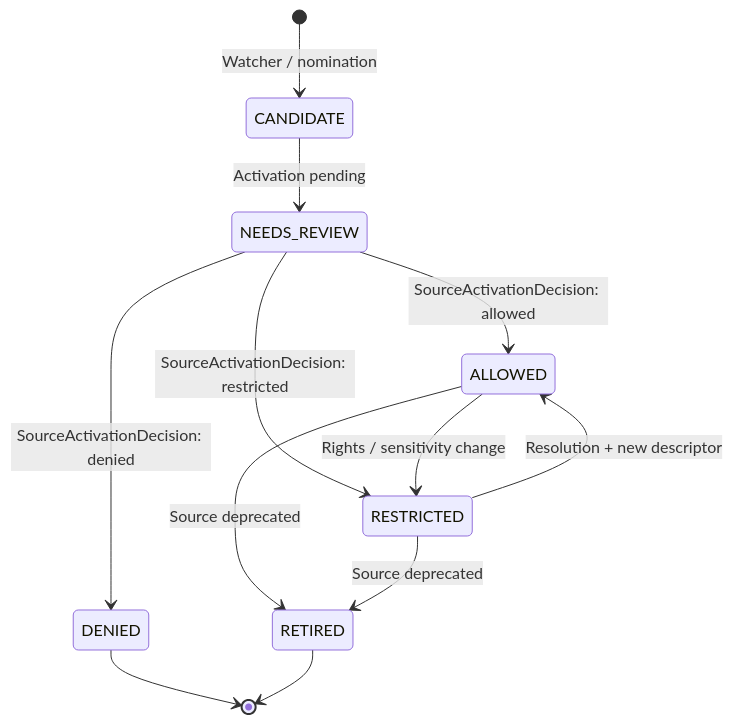
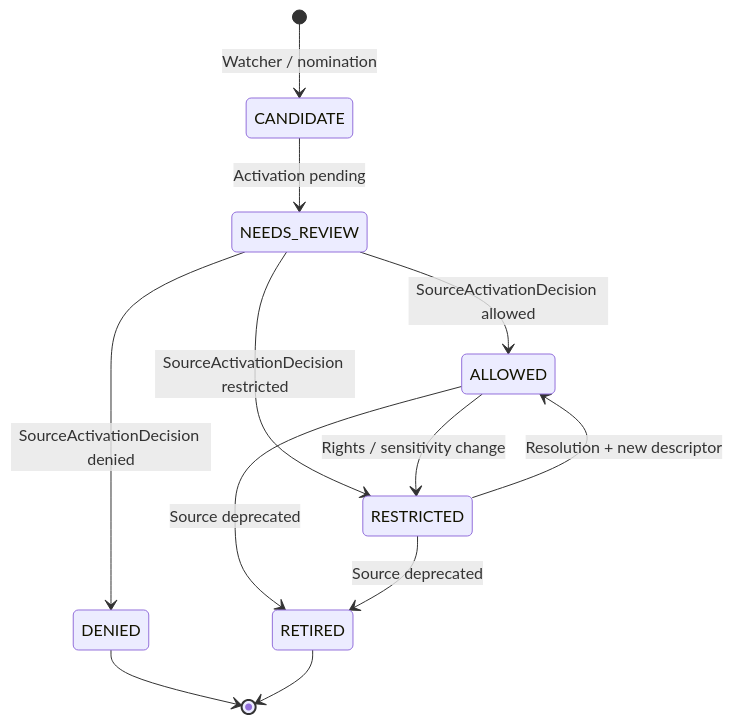
Before and after one commit to bartytime4life/Kansas-Frontier-Matrix: the second of 2 diagrams in docs/domains/habitat/SOURCE_REGISTRY.md, drawn with Mermaid. The commit also changed other lines of this file, not shown here.

````diff
--- a/docs/domains/habitat/SOURCE_REGISTRY.md
+++ b/docs/domains/habitat/SOURCE_REGISTRY.md
@@ -266,14 +301,14 @@
 ```mermaid
 stateDiagram-v2
     [*] --> CANDIDATE: Watcher / nomination
     CANDIDATE --> NEEDS_REVIEW: Activation pending
-    NEEDS_REVIEW --> ALLOWED: SourceActivationDecision: allowed
-    NEEDS_REVIEW --> RESTRICTED: SourceActivationDecision: restricted
-    NEEDS_REVIEW --> DENIED: SourceActivationDecision: denied
+    NEEDS_REVIEW --> ALLOWED: SourceActivationDecision allowed
+    NEEDS_REVIEW --> RESTRICTED: SourceActivationDecision restricted
+    NEEDS_REVIEW --> DENIED: SourceActivationDecision denied
     ALLOWED --> RESTRICTED: Rights / sensitivity change
     RESTRICTED --> ALLOWED: Resolution + new descriptor
     ALLOWED --> RETIRED: Source deprecated
     RESTRICTED --> RETIRED: Source deprecated
     DENIED --> [*]
     RETIRED --> [*]
 ```
````
